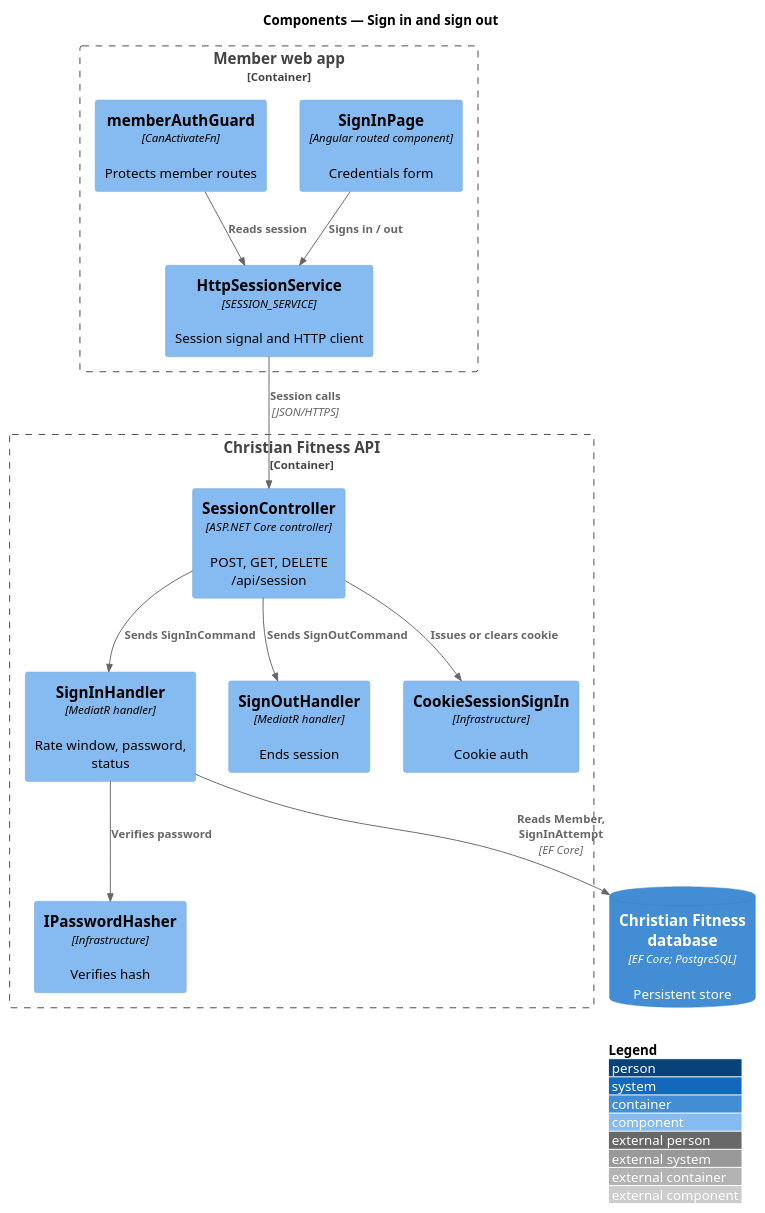
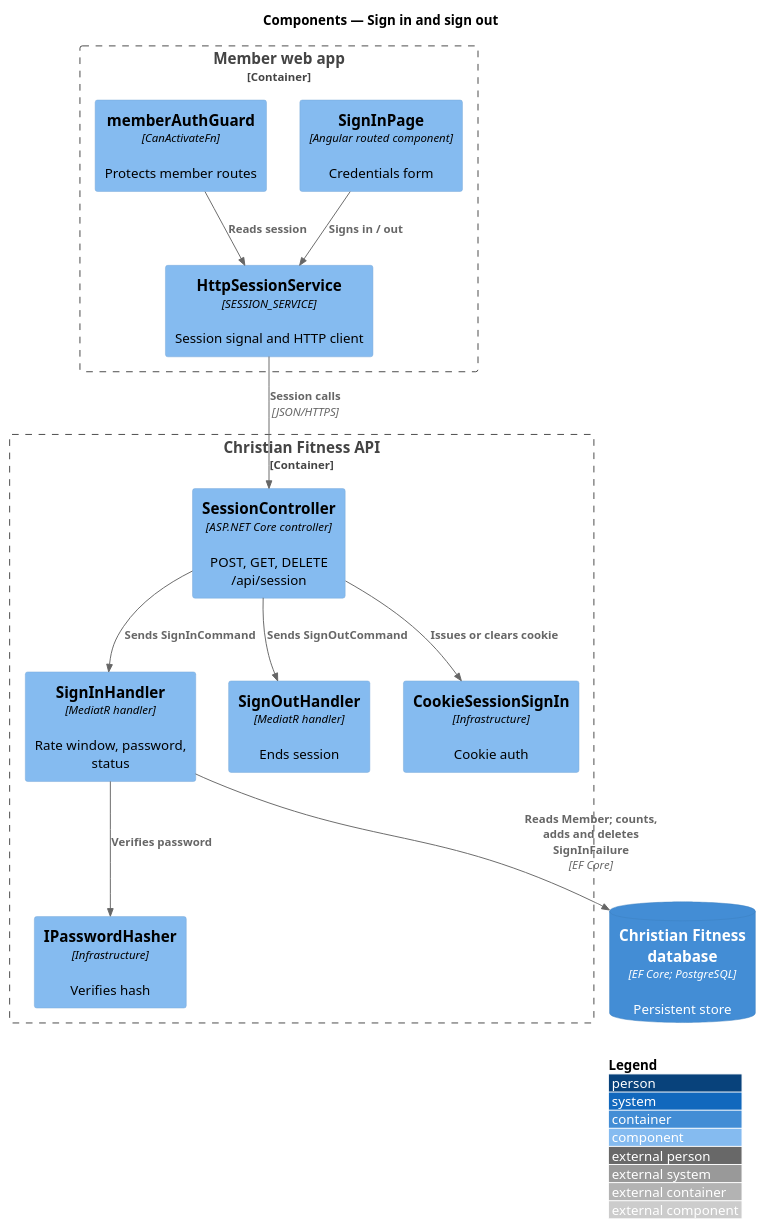
Before and after one commit to QuinntyneBrown/christian-fitness: the diagram in docs/detailed-designs/member-access/sign-in-and-out/diagrams/c4-component.puml, drawn with PlantUML. The commit also changed 35 other files, not shown here.

```diff
--- a/docs/detailed-designs/member-access/sign-in-and-out/diagrams/c4-component.puml
+++ b/docs/detailed-designs/member-access/sign-in-and-out/diagrams/c4-component.puml
@@ -1,28 +1,28 @@
 @startuml
 !include <C4/C4_Component>
 LAYOUT_WITH_LEGEND()
 title Components — Sign in and sign out
 
 Container_Boundary(web, "Member web app") {
   Component(page, "SignInPage", "Angular routed component", "Credentials form")
   Component(guard, "memberAuthGuard", "CanActivateFn", "Protects member routes")
   Component(svc, "HttpSessionService", "SESSION_SERVICE", "Session signal and HTTP client")
 }
 Container_Boundary(api, "Christian Fitness API") {
   Component(ctrl, "SessionController", "ASP.NET Core controller", "POST, GET, DELETE /api/session")
   Component(h, "SignInHandler", "MediatR handler", "Rate window, password, status")
   Component(o, "SignOutHandler", "MediatR handler", "Ends session")
   Component(hash, "IPasswordHasher", "Infrastructure", "Verifies hash")
   Component(sess, "CookieSessionSignIn", "Infrastructure", "Cookie auth")
 }
 ContainerDb(db, "Christian Fitness database", "EF Core; PostgreSQL", "Persistent store")
 
 Rel(guard, svc, "Reads session")
 Rel(page, svc, "Signs in / out")
 Rel(svc, ctrl, "Session calls", "JSON/HTTPS")
 Rel(ctrl, h, "Sends SignInCommand")
 Rel(ctrl, o, "Sends SignOutCommand")
 Rel(h, hash, "Verifies password")
-Rel(h, db, "Reads Member, SignInAttempt", "EF Core")
+Rel(h, db, "Reads Member; counts, adds and deletes SignInFailure", "EF Core")
 Rel(ctrl, sess, "Issues or clears cookie")
 @enduml
```
